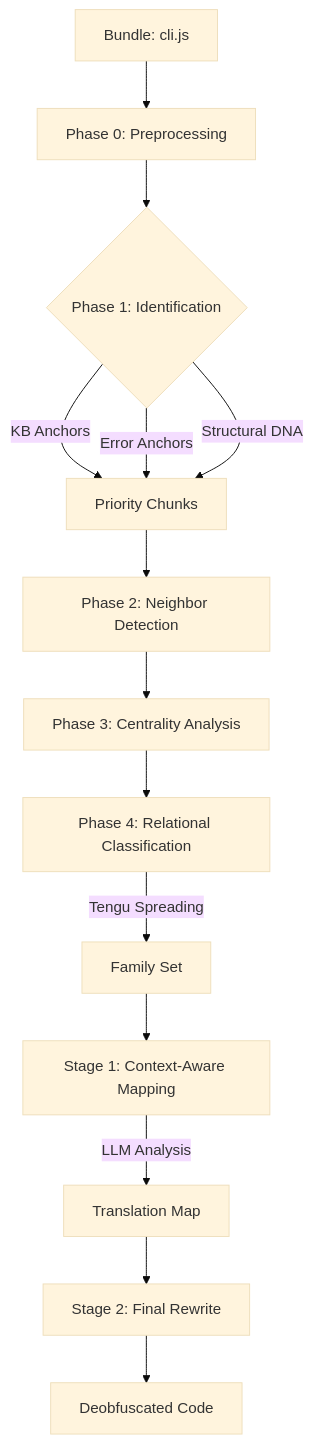
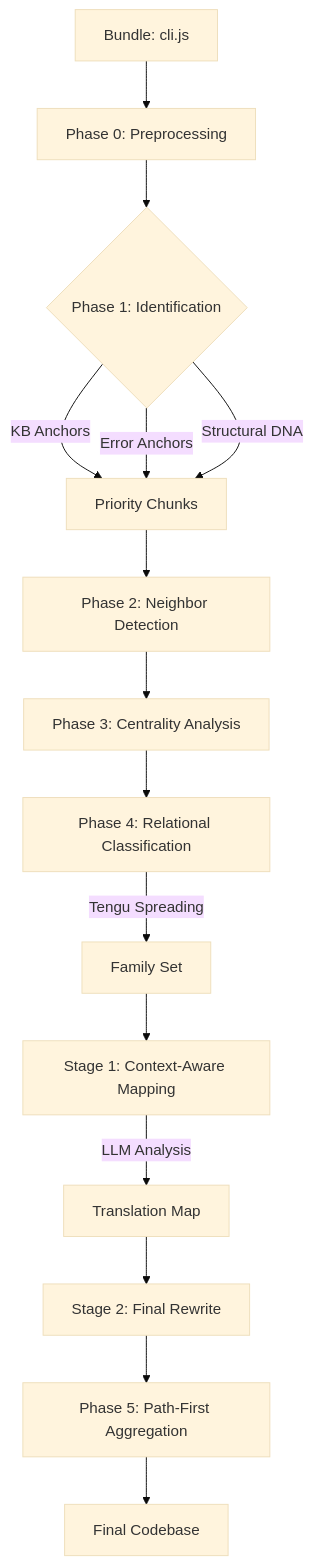
Before and after one commit to whit3rabbit/cascade-cc: the diagram in README.md, drawn with Mermaid (base theme). The commit also changed other lines of this file and 3 other files, not shown here.

````diff
--- a/README.md
+++ b/README.md
@@ -86,16 +104,17 @@
 ```mermaid
 graph TD
     A[Bundle: cli.js] --> B[Phase 0: Preprocessing]
     B --> C{Phase 1: Identification}
     C -- KB Anchors --> D[Priority Chunks]
     C -- Error Anchors --> D
     C -- Structural DNA --> D
     D --> E[Phase 2: Neighbor Detection]
     E --> F[Phase 3: Centrality Analysis]
     F --> G[Phase 4: Relational Classification]
     G -- Tengu Spreading --> H[Family Set]
     H --> I[Stage 1: Context-Aware Mapping]
     I -- LLM Analysis --> J[Translation Map]
     J --> K[Stage 2: Final Rewrite]
-    K --> L[Deobfuscated Code]
+    K --> L[Phase 5: Path-First Aggregation]
+    L --> M[Final Codebase]
 ```
````
